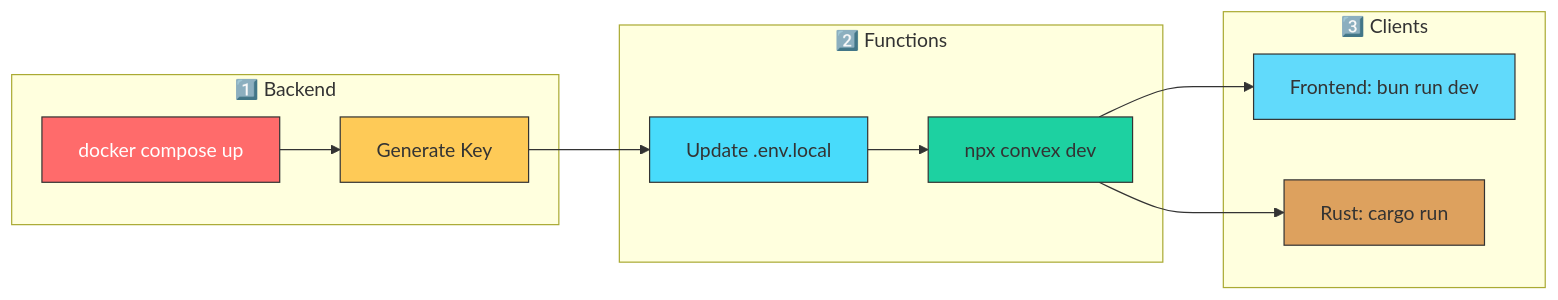
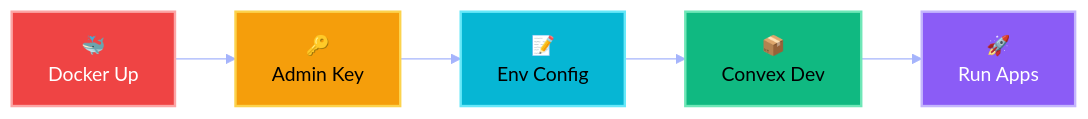
One commit to sabry-awad97/convex-notes changed the second of 5 diagrams in README.md. Above: the diagram before and after it, drawn with Mermaid. The commit also changed other lines of this file, not shown here.

````diff
--- a/README.md
+++ b/README.md
@@ -152,23 +179,18 @@
 ```mermaid
+%%{init: {'theme': 'base', 'themeVariables': { 'primaryColor': '#6366f1', 'lineColor': '#a5b4fc', 'textColor': '#e2e8f0', 'background': '#0f172a'}}}%%
+
 flowchart LR
-    subgraph "1️⃣ Backend"
-        A[docker compose up] --> B[Generate Key]
-    end
+    A["🐳<br/>Docker Up"]
+    B["🔑<br/>Admin Key"]
+    C["📝<br/>Env Config"]
+    D["📦<br/>Convex Dev"]
+    E["🚀<br/>Run Apps"]
 
-    subgraph "2️⃣ Functions"
-        B --> C[Update .env.local]
-        C --> D[npx convex dev]
-    end
+    A --> B --> C --> D --> E
 
-    subgraph "3️⃣ Clients"
-        D --> E[Frontend: bun run dev]
-        D --> F[Rust: cargo run]
-    end
-
-    style A fill:#ff6b6b,stroke:#333,color:#fff
-    style B fill:#feca57,stroke:#333,color:#333
-    style C fill:#48dbfb,stroke:#333,color:#333
-    style D fill:#1dd1a1,stroke:#333,color:#333
-    style E fill:#61dafb,stroke:#333,color:#333
-    style F fill:#dda15e,stroke:#333,color:#333
+    style A fill:#ef4444,stroke:#fca5a5,stroke-width:2px,color:#fff
+    style B fill:#f59e0b,stroke:#fcd34d,stroke-width:2px,color:#000
+    style C fill:#06b6d4,stroke:#67e8f9,stroke-width:2px,color:#000
+    style D fill:#10b981,stroke:#6ee7b7,stroke-width:2px,color:#000
+    style E fill:#8b5cf6,stroke:#c4b5fd,stroke-width:2px,color:#fff
 ```
````
